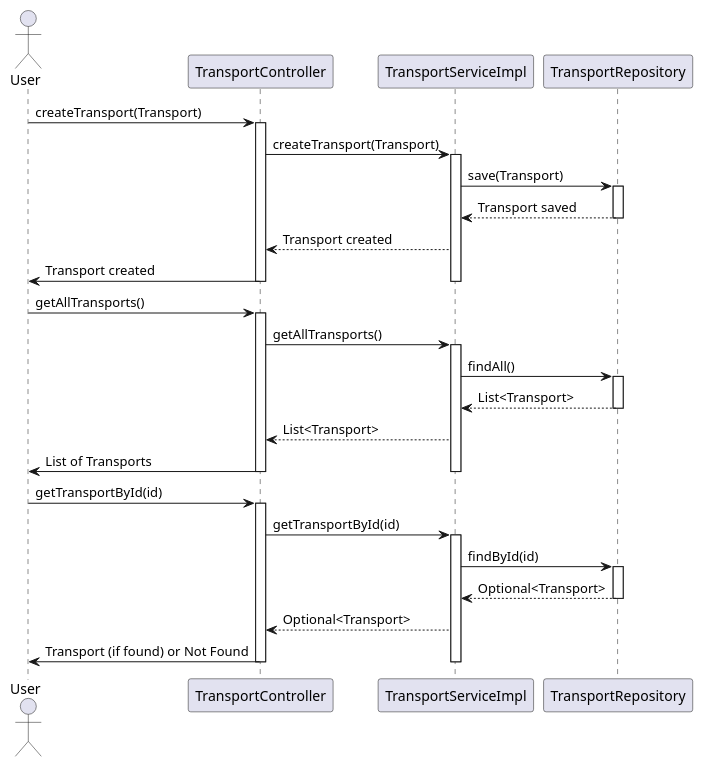
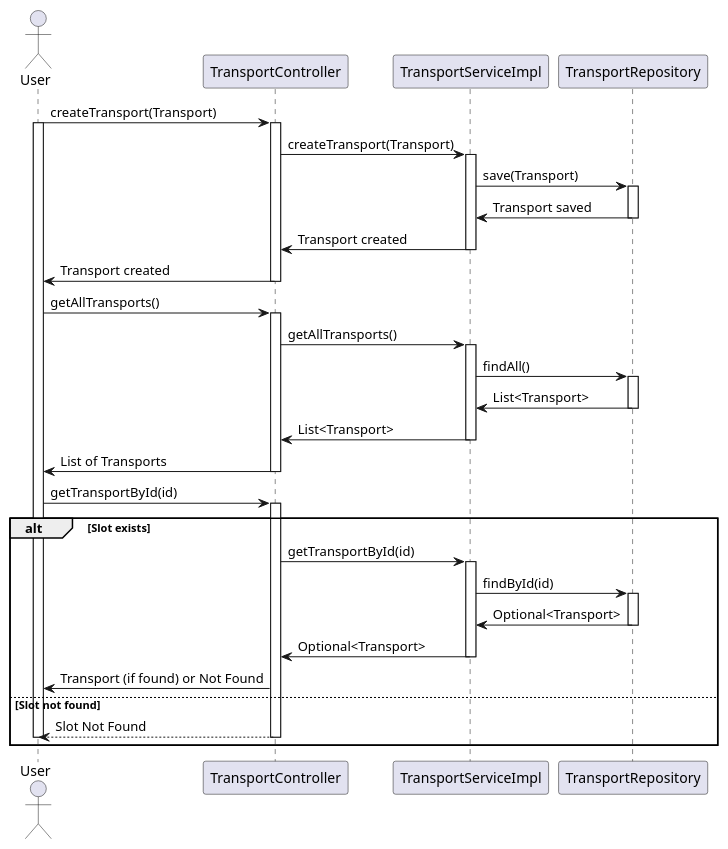
One commit to RakusasuDorea/MicroserviceDemo changed the diagram in transport-service/src/uml/Transport.puml. Above: the diagram before and after it, drawn with PlantUML.

Commit message:
Transport.puml

```diff
--- a/transport-service/src/uml/Transport.puml
+++ b/transport-service/src/uml/Transport.puml
@@ -1,47 +1,53 @@
 @startuml
 
 actor User
 participant TransportController
 participant TransportServiceImpl
 participant TransportRepository
 
 User -> TransportController: createTransport(Transport)
 activate TransportController
+activate User
 TransportController -> TransportServiceImpl: createTransport(Transport)
 activate TransportServiceImpl
 TransportServiceImpl -> TransportRepository: save(Transport)
 activate TransportRepository
-TransportRepository --> TransportServiceImpl: Transport saved
+TransportRepository -> TransportServiceImpl: Transport saved
 deactivate TransportRepository
-TransportServiceImpl --> TransportController: Transport created
+TransportServiceImpl -> TransportController: Transport created
+deactivate TransportServiceImpl
 TransportController -> User: Transport created
-deactivate TransportServiceImpl
 deactivate TransportController
 
 User -> TransportController: getAllTransports()
 activate TransportController
 TransportController -> TransportServiceImpl: getAllTransports()
 activate TransportServiceImpl
 TransportServiceImpl -> TransportRepository: findAll()
 activate TransportRepository
-TransportRepository --> TransportServiceImpl: List<Transport>
+TransportRepository -> TransportServiceImpl: List<Transport>
 deactivate TransportRepository
-TransportServiceImpl --> TransportController: List<Transport>
+TransportServiceImpl -> TransportController: List<Transport>
+deactivate TransportServiceImpl
 TransportController -> User: List of Transports
-deactivate TransportServiceImpl
 deactivate TransportController
 
 User -> TransportController: getTransportById(id)
 activate TransportController
-TransportController -> TransportServiceImpl: getTransportById(id)
-activate TransportServiceImpl
-TransportServiceImpl -> TransportRepository: findById(id)
-activate TransportRepository
-TransportRepository --> TransportServiceImpl: Optional<Transport>
-deactivate TransportRepository
-TransportServiceImpl --> TransportController: Optional<Transport>
-TransportController -> User: Transport (if found) or Not Found
-deactivate TransportServiceImpl
-deactivate TransportController
+alt Slot exists
+    TransportController -> TransportServiceImpl: getTransportById(id)
+    activate TransportServiceImpl
+    TransportServiceImpl -> TransportRepository: findById(id)
+    activate TransportRepository
+    TransportRepository -> TransportServiceImpl: Optional<Transport>
+    deactivate TransportRepository
+    TransportServiceImpl -> TransportController: Optional<Transport>
+    deactivate TransportServiceImpl
+    TransportController -> User: Transport (if found) or Not Found
+else Slot not found
+    TransportController --> User: Slot Not Found
+    deactivate TransportController
+    deactivate User
+end
 
 @enduml
```
